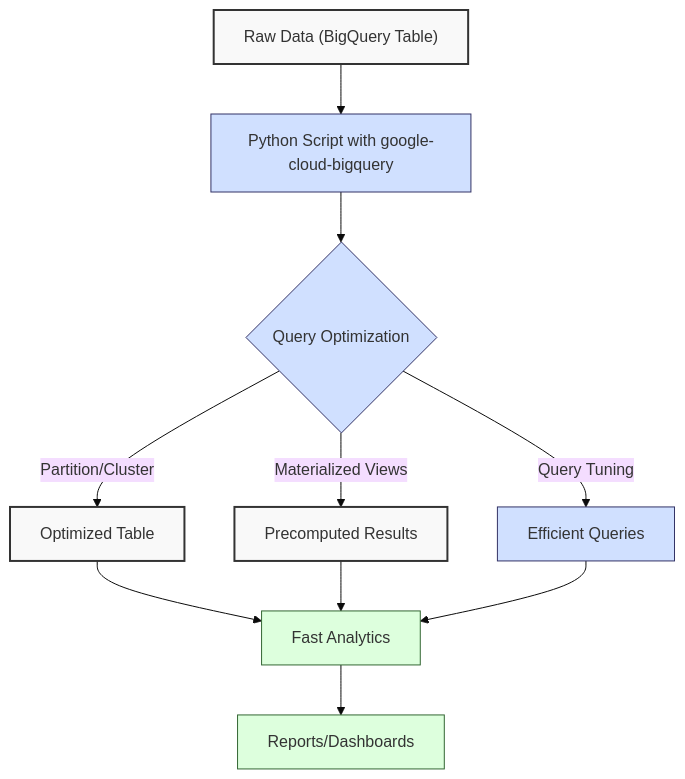
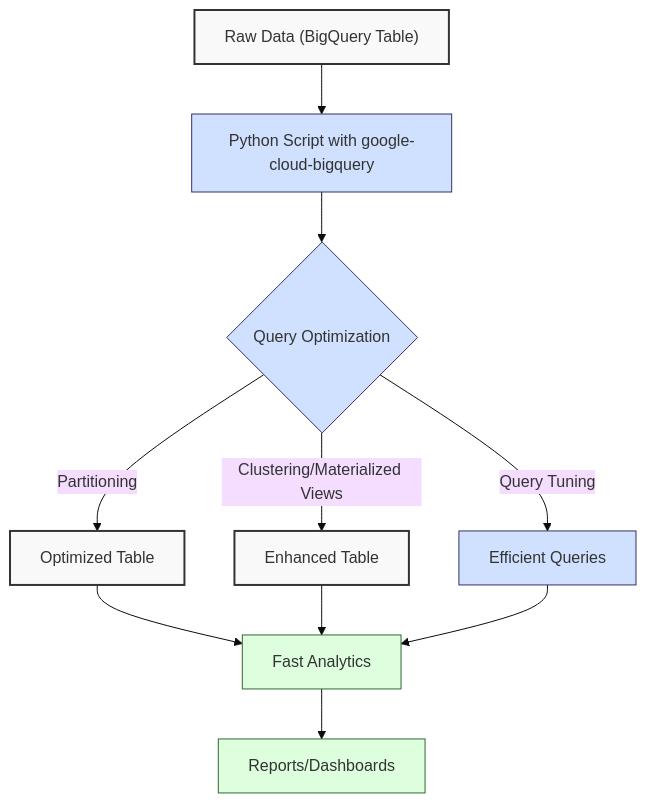
One commit to wahidyankf/oss changed the first of 2 diagrams in apps-standalone/ayokoding-web/content/en/learn/software-engineering/onboardings/hijra-data-engineering/ch29-bigquery-optimization-techniques/_index.md. Above: the diagram before and after it, drawn with Mermaid (base theme). The commit also changed other lines of this file and 5 other files, not shown here.

````diff
--- a/apps-standalone/ayokoding-web/content/en/learn/software-engineering/onboardings/hijra-data-engineering/ch29-bigquery-optimization-techniques/_index.md
+++ b/apps-standalone/ayokoding-web/content/en/learn/software-engineering/onboardings/hijra-data-engineering/ch29-bigquery-optimization-techniques/_index.md
@@ -20,20 +20,20 @@
 ```mermaid
 flowchart TD
     A["Raw Data (BigQuery Table)"] --> B["Python Script with google-cloud-bigquery"]
     B --> C{"Query Optimization"}
-    C -->|Partition/Cluster| D["Optimized Table"]
-    C -->|Materialized Views| E["Precomputed Results"]
+    C -->|Partitioning| D["Optimized Table"]
+    C -->|Clustering/Materialized Views| E["Enhanced Table"]
     C -->|Query Tuning| F["Efficient Queries"]
     D --> G["Fast Analytics"]
     E --> G
     F --> G
     G --> H["Reports/Dashboards"]
 
     classDef data fill:#f9f9f9,stroke:#333,stroke-width:2px
     classDef process fill:#d0e0ff,stroke:#336,stroke-width:1px
     classDef output fill:#ddffdd,stroke:#363,stroke-width:1px
 
     class A,D,E data
     class B,C,F process
     class G,H output
 ```
````
